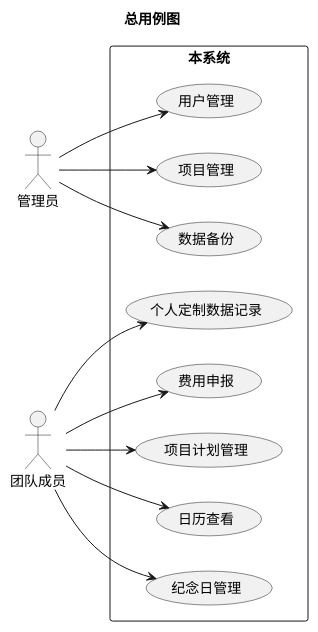
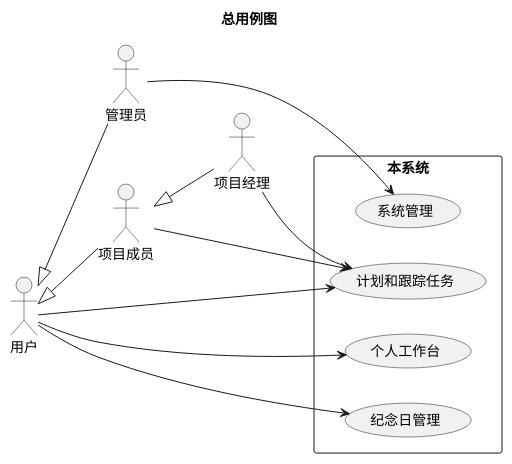
One commit to LampingSu/ocagents changed the second of 6 diagrams in 产品资料/0_需求/ConDili_软件需求规格说明书.md. Above: the diagram before and after it, drawn with PlantUML. The commit also changed other lines of this file and 3 other files, not shown here.

````diff
--- a/产品资料/0_需求/ConDili_软件需求规格说明书.md
+++ b/产品资料/0_需求/ConDili_软件需求规格说明书.md
@@ -45,20 +43,21 @@
 ```plantuml
 @startuml
 title 总用例图
 left to right direction
-actor 管理员
-actor 团队成员
+actor 用户 as User
+
+User <|-- 管理员
+User <|-- 项目成员
+项目成员 <|-- 项目经理
 
 rectangle "本系统" {
-  管理员 --> (用户管理)
-  管理员 --> (项目管理)
-  管理员 --> (数据备份)
+  User --> (个人工作台)
+  User --> (计划和跟踪任务)
+  User --> (纪念日管理)
   
-  团队成员 --> (个人定制数据记录)
-  团队成员 --> (费用申报)
-  团队成员 --> (项目计划管理)
-  团队成员 --> (日历查看)
-  团队成员 --> (纪念日管理)
+  管理员 --> (系统管理)
+  项目成员 --> (计划和跟踪任务)
+  项目经理 --> (计划和跟踪任务)
 }
 @enduml
 ```
````
